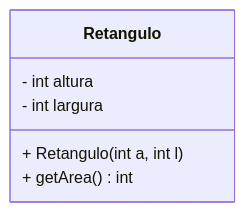
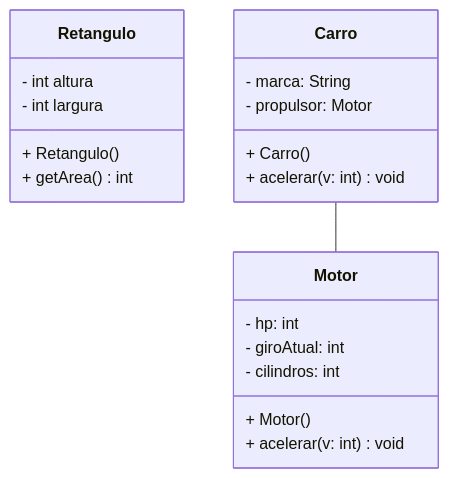
One commit to Aluno55/POO changed the diagram in aula-18/app/src/main/java/engtelecom/poo/README.md. Above: the diagram before and after it, drawn with Mermaid.

Commit message:
diagrama carro

````diff
--- a/aula-18/app/src/main/java/engtelecom/poo/README.md
+++ b/aula-18/app/src/main/java/engtelecom/poo/README.md
@@ -2,10 +2,25 @@
 ```mermaid
 classDiagram
 
     class Retangulo{
         - int altura
         - int largura
-        + Retangulo(int a, int l)
-        + getArea() int
+        + Retangulo ()    
+        + getArea() int  
+    }
+
+    class Carro{
+        - marca: String
+        - propulsor: Motor
+        + Carro()
+        + acelerar(v: int) void
+    }
+    Carro -- Motor
+    class Motor{
+        - hp: int
+        - giroAtual: int
+        - cilindros: int
+        + Motor()
+        + acelerar(v: int) void
     }
 ```
````
